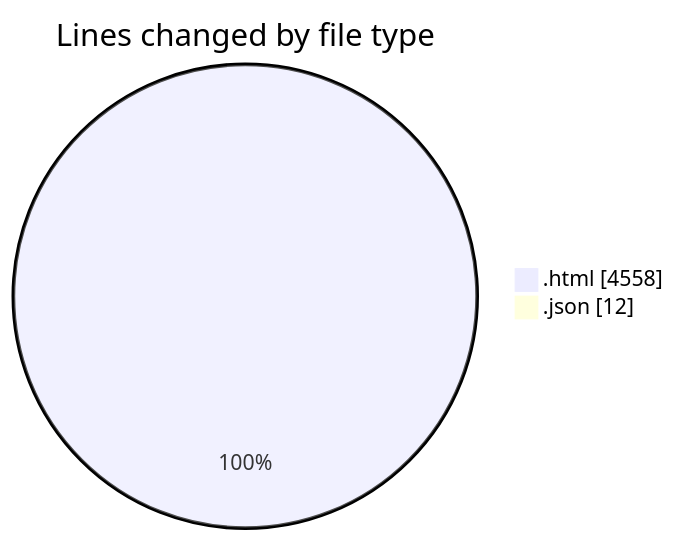
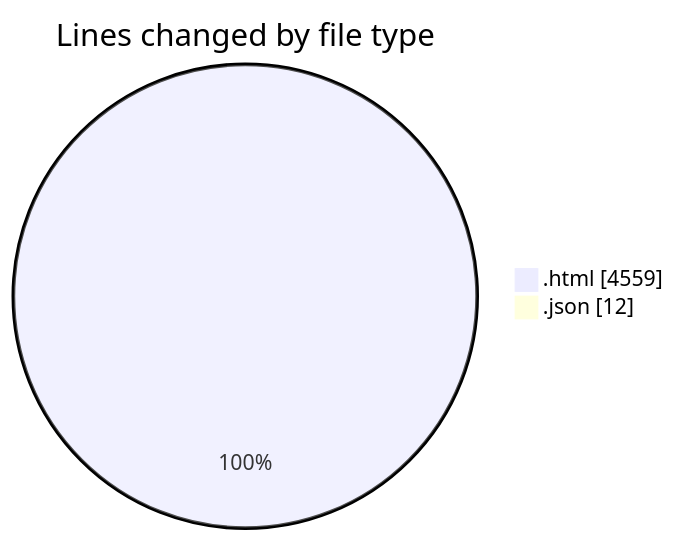
Before and after one commit to momahboobian/code-tracking: the first of 2 diagrams in 2026-05-21/pdf_invoice/README.md, drawn with Mermaid. The commit also changed other lines of this file and 1 other file, not shown here.

````diff
--- a/2026-05-21/pdf_invoice/README.md
+++ b/2026-05-21/pdf_invoice/README.md
@@ -26,6 +26,6 @@
 ```mermaid
 pie showData
 title Lines changed by file type
-".html" : 4558
+".html" : 4559
 ".json" : 12
 ```
````
